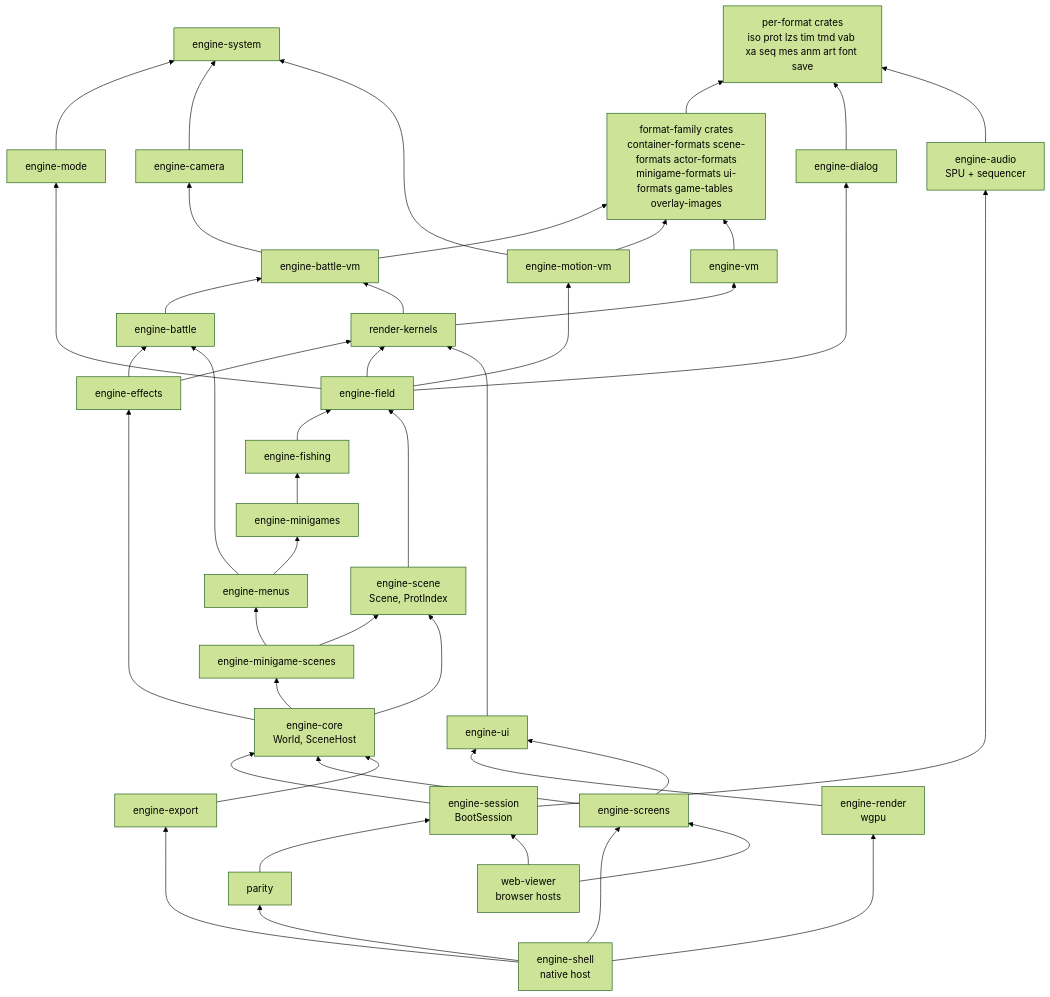
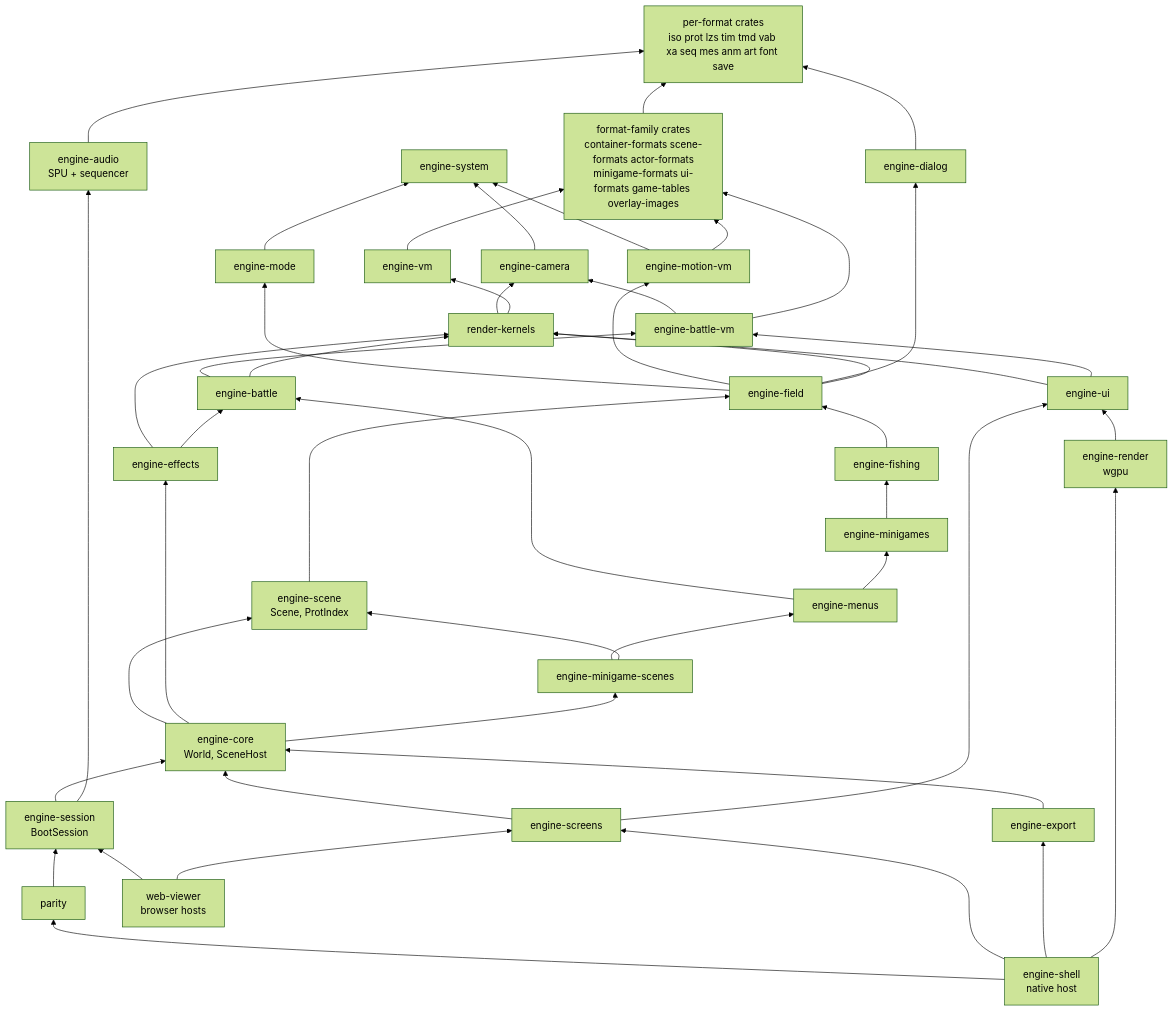
The first of 4 diagrams in docs/subsystems/engine.md (AndrewAltimit/legend-of-legaia-re), drawn with Mermaid (forest theme) before and after one commit. The commit also changed other lines of this file and 76 other files, not shown here.

````diff
--- a/docs/subsystems/engine.md
+++ b/docs/subsystems/engine.md
@@ -41,75 +41,77 @@
 ```mermaid
 flowchart BT
     FMT["per-format crates<br/>iso prot lzs tim tmd vab xa seq mes anm art font save"]
     FAM["format-family crates<br/>container-formats scene-formats actor-formats<br/>minigame-formats ui-formats game-tables overlay-images"]
     ESYS["engine-system"]
     EMODE["engine-mode"]
     EDLG["engine-dialog"]
     ECAM["engine-camera"]
     EBV["engine-battle-vm"]
     EMV["engine-motion-vm"]
     EVM["engine-vm"]
     EB["engine-battle"]
     RK["render-kernels"]
     EFX["engine-effects"]
     EFIELD["engine-field"]
     EFISH["engine-fishing"]
     EMG["engine-minigames"]
     EMENU["engine-menus"]
     EMGS["engine-minigame-scenes"]
     ESCN["engine-scene<br/>Scene, ProtIndex"]
     CORE["engine-core<br/>World, SceneHost"]
     EUI["engine-ui"]
     EREN["engine-render<br/>wgpu"]
     EAUD["engine-audio<br/>SPU + sequencer"]
     SESS["engine-session<br/>BootSession"]
     SCR["engine-screens"]
     EXP["engine-export"]
     PAR["parity"]
     SHELL["engine-shell<br/>native host"]
     WEB["web-viewer<br/>browser hosts"]
 
     FAM --> FMT
     EDLG --> FMT
     EMODE --> ESYS
     ECAM --> ESYS
     EBV --> ECAM
     EBV --> FAM
     EMV --> ESYS
     EMV --> FAM
     EVM --> FAM
     EB --> EBV
-    RK --> EBV
+    EB --> RK
+    RK --> ECAM
     RK --> EVM
     EFX --> RK
     EFX --> EB
     EFIELD --> EMODE
     EFIELD --> EMV
     EFIELD --> EDLG
     EFIELD --> RK
     EMENU --> EB
     EFISH --> EFIELD
     EMG --> EFISH
     EMENU --> EMG
     EMGS --> EMENU
     EMGS --> ESCN
     ESCN --> EFIELD
     CORE --> ESCN
     CORE --> EFX
     CORE --> EMGS
     EUI --> RK
+    EUI --> EBV
     EREN --> EUI
     EAUD --> FMT
     SESS --> CORE
     SESS --> EAUD
     SCR --> CORE
     SCR --> EUI
     PAR --> SESS
     SHELL --> PAR
     SHELL --> SCR
     SHELL --> EXP
     EXP --> CORE
     SHELL --> EREN
     WEB --> SESS
     WEB --> SCR
 ```
````
